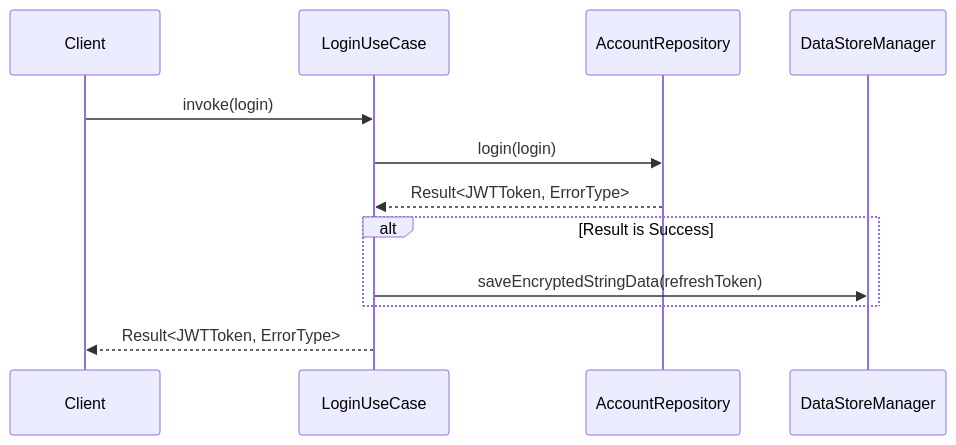
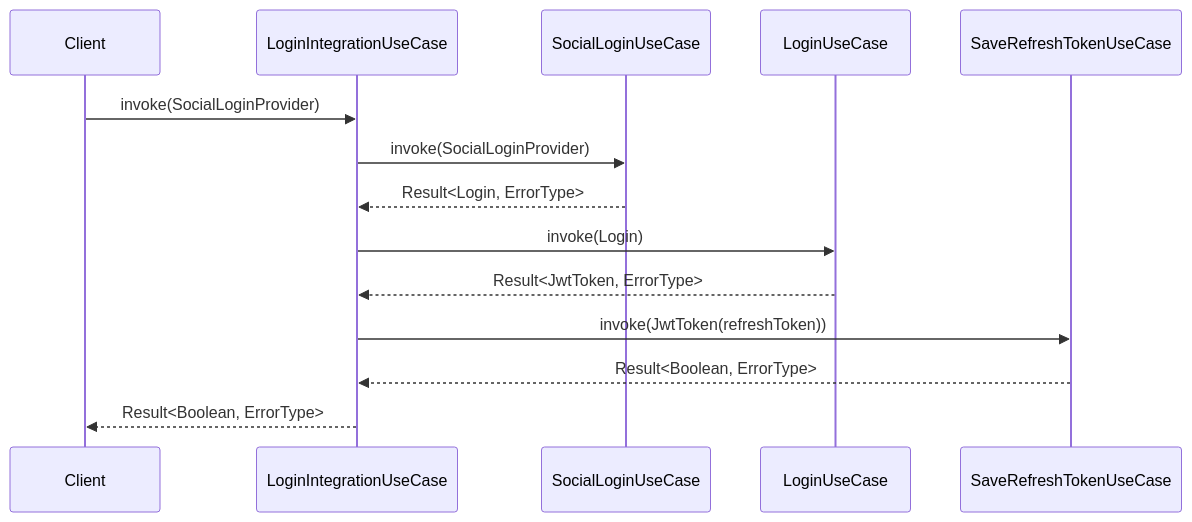
Before and after one commit to Turnin-Dev/turnin-android: the diagram in domain/src/main/java/com/peekr/domain/account/usecase/README.md, drawn with Mermaid. The commit also changed other lines of this file, not shown here.

Commit message:
[PK-32] docs: README.md 로그인 흐름 문서 업데이트

````diff
--- a/domain/src/main/java/com/peekr/domain/account/usecase/README.md
+++ b/domain/src/main/java/com/peekr/domain/account/usecase/README.md
@@ -2,15 +2,17 @@
 ```mermaid
 sequenceDiagram
-    participant Client
-    participant LoginUseCase
-    participant AccountRepository
-    participant DataStoreManager
-    Client ->> LoginUseCase: invoke(login)
-    LoginUseCase ->> AccountRepository: login(login)
-    AccountRepository -->> LoginUseCase: Result<JWTToken, ErrorType>
-    alt Result is Success
-        LoginUseCase ->> DataStoreManager: saveEncryptedStringData(refreshToken)
-    end
-    LoginUseCase -->> Client: Result<JWTToken, ErrorType>
+    participant CL as Client
+    participant UseCase as LoginIntegrationUseCase
+    participant Social as SocialLoginUseCase
+    participant Login as LoginUseCase
+    participant Token as SaveRefreshTokenUseCase
+    CL ->> UseCase: invoke(SocialLoginProvider)
+    UseCase ->> Social: invoke(SocialLoginProvider)
+    Social -->> UseCase: Result<Login, ErrorType>
+    UseCase ->> Login: invoke(Login)
+    Login -->> UseCase: Result<JwtToken, ErrorType>
+    UseCase ->> Token: invoke(JwtToken(refreshToken))
+    Token -->> UseCase: Result<Boolean, ErrorType>
+    UseCase -->> CL: Result<Boolean, ErrorType>
 
 ```
````
